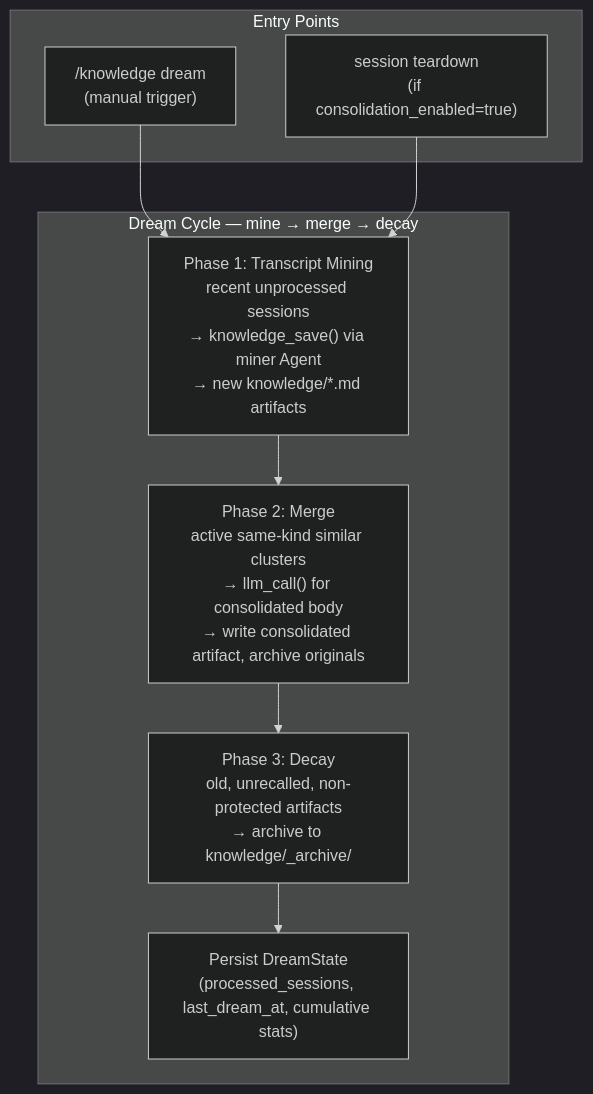
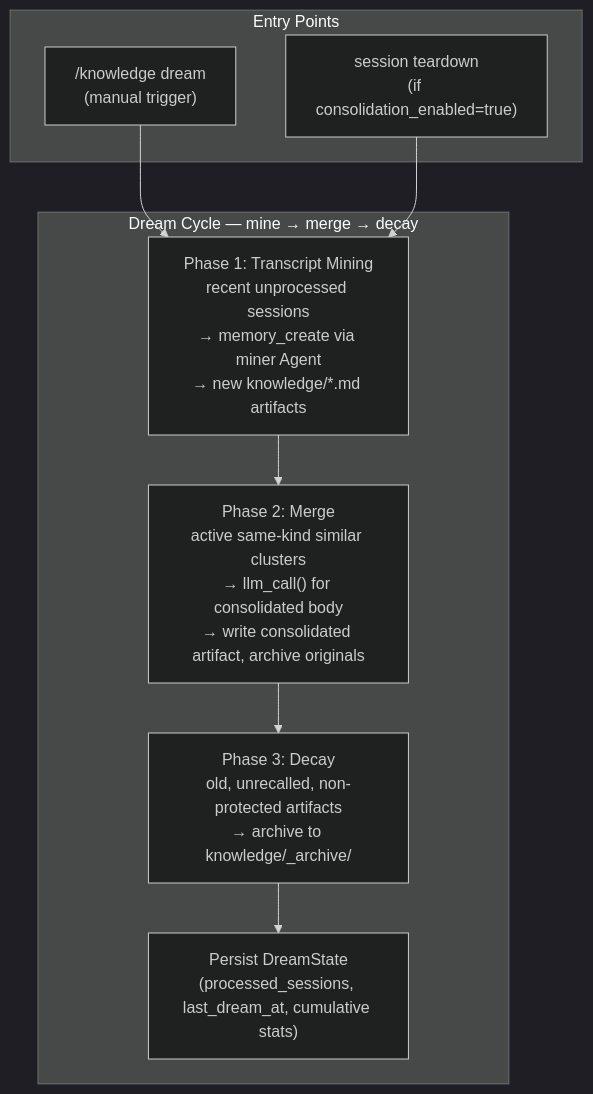
One commit to binlecode/co-cli changed the diagram in docs/specs/dream.md. Above: the diagram before and after it, drawn with Mermaid (dark theme). The commit also changed other lines of this file and 135 other files, not shown here.

````diff
--- a/docs/specs/dream.md
+++ b/docs/specs/dream.md
@@ -43,20 +43,20 @@
 ```mermaid
 flowchart TD
     subgraph Entry["Entry Points"]
         Manual["/knowledge dream\n(manual trigger)"]
         Auto["session teardown\n(if consolidation_enabled=true)"]
     end
 
     subgraph Cycle["Dream Cycle — mine → merge → decay"]
-        Mine["Phase 1: Transcript Mining\nrecent unprocessed sessions\n→ knowledge_save() via miner Agent\n→ new knowledge/*.md artifacts"]
+        Mine["Phase 1: Transcript Mining\nrecent unprocessed sessions\n→ memory_create via miner Agent\n→ new knowledge/*.md artifacts"]
         Merge["Phase 2: Merge\nactive same-kind similar clusters\n→ llm_call() for consolidated body\n→ write consolidated artifact, archive originals"]
         Decay["Phase 3: Decay\nold, unrecalled, non-protected artifacts\n→ archive to knowledge/_archive/"]
         State["Persist DreamState\n(processed_sessions, last_dream_at, cumulative stats)"]
     end
 
     Manual --> Mine
     Auto --> Mine
     Mine --> Merge
     Merge --> Decay
     Decay --> State
 ```
````
